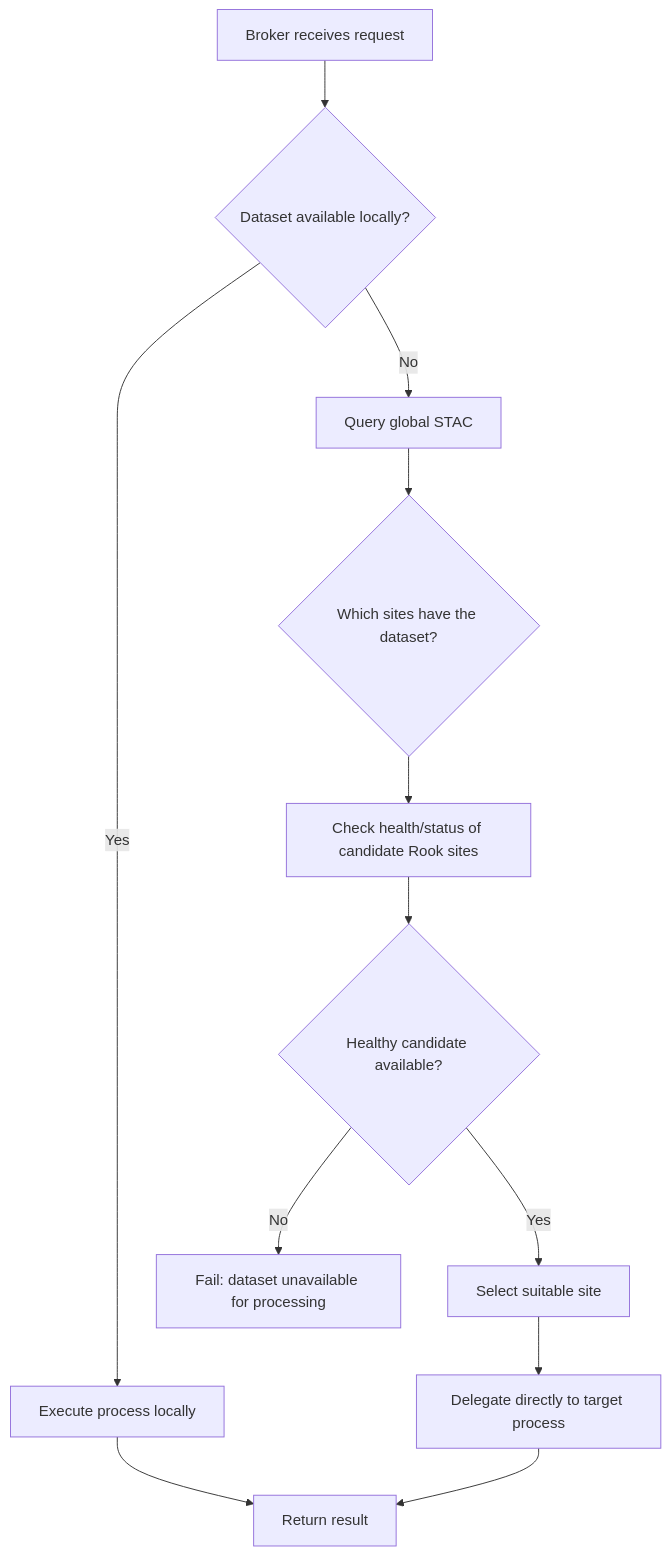
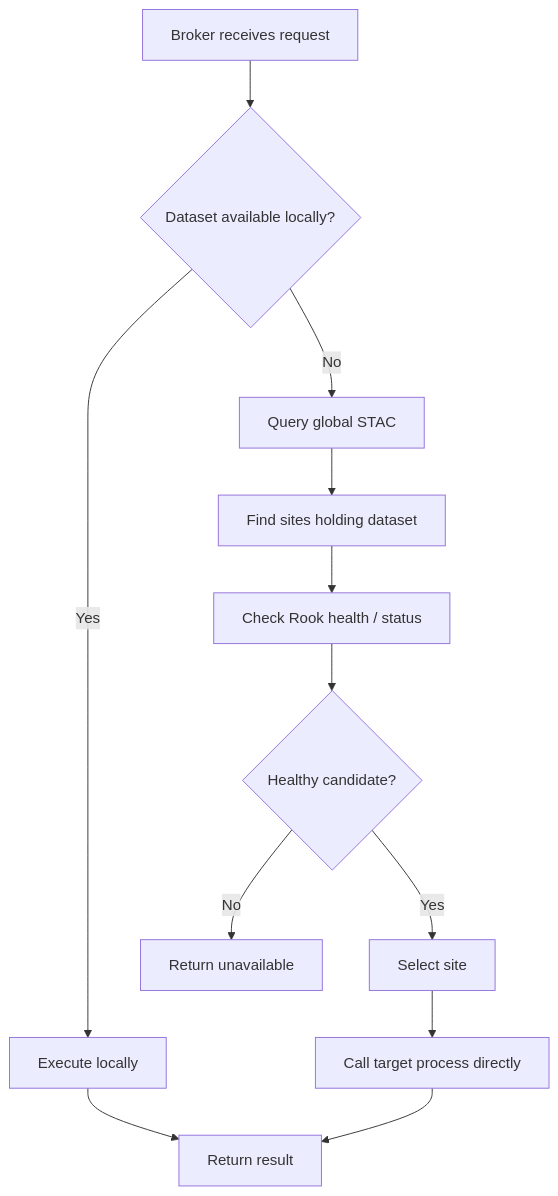
Before and after one commit to roocs/rook: the fifth of 5 diagrams in ARCH_ESGF2.md, drawn with Mermaid. The commit also changed other lines of this file, not shown here.

````diff
--- a/ARCH_ESGF2.md
+++ b/ARCH_ESGF2.md
@@ -61,30 +99,21 @@
 ```mermaid
 flowchart TD
     A[Broker receives request]
     B{Dataset available locally?}
-    C[Execute process locally]
-    D[Query global STAC]
-    E{Which sites have the dataset?}
-    F[Check health/status of candidate Rook sites]
-    G{Healthy candidate available?}
-    H[Select suitable site]
-    I[Delegate directly to target process]
-    J[Return result]
-    K[Fail: dataset unavailable for processing]
 
     A --> B
 
-    B -- Yes --> C
-    C --> J
+    B -- Yes --> C[Execute locally]
+    C --> Z[Return result]
 
-    B -- No --> D
-    D --> E
-    E --> F
-    F --> G
+    B -- No --> D[Query global STAC]
+    D --> E[Find sites holding dataset]
+    E --> F[Check Rook health / status]
+    F --> G{Healthy candidate?}
 
-    G -- Yes --> H
-    H --> I
-    I --> J
+    G -- Yes --> H[Select site]
+    H --> I[Call target process directly]
+    I --> Z
 
-    G -- No --> K
+    G -- No --> X[Return unavailable]
 ```
````
